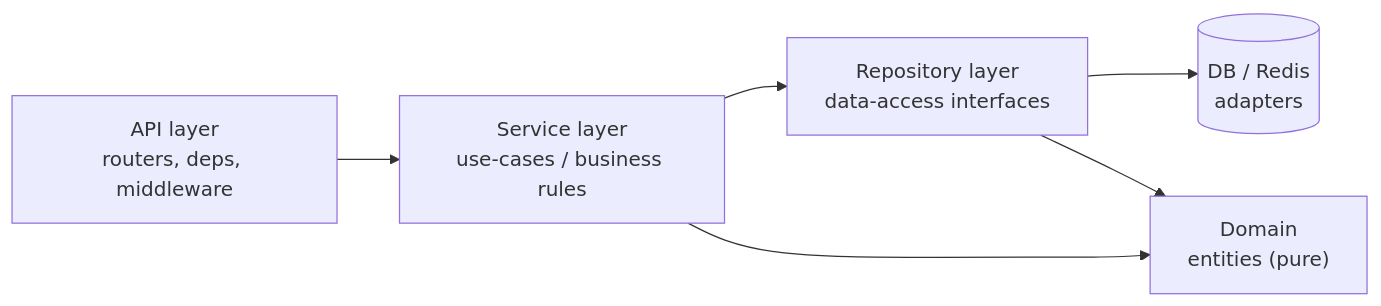
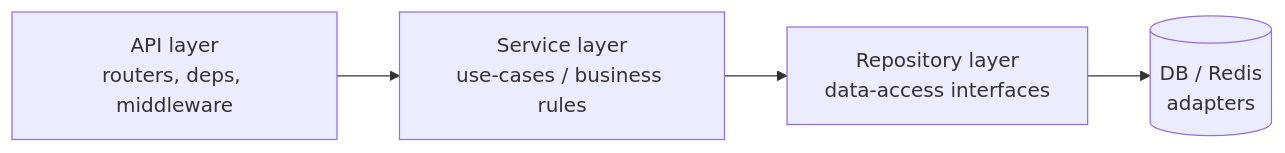
Before and after one commit to chriswu727/scalable-starter: the second of 2 diagrams in README.md, drawn with Mermaid. The commit also changed other lines of this file and 5 other files, not shown here.

First line of the commit message:
Resolve the domain layer: delete the dead pure-entity package, make docs honest

````diff
--- a/README.md
+++ b/README.md
@@ -124,11 +124,8 @@
 ```mermaid
 flowchart LR
     HTTP["API layer<br/>routers, deps, middleware"]
     SVC["Service layer<br/>use-cases / business rules"]
     REPO["Repository layer<br/>data-access interfaces"]
-    DOM["Domain<br/>entities (pure)"]
     DB[("DB / Redis<br/>adapters")]
     HTTP --> SVC --> REPO --> DB
-    SVC --> DOM
-    REPO --> DOM
 ```
````
